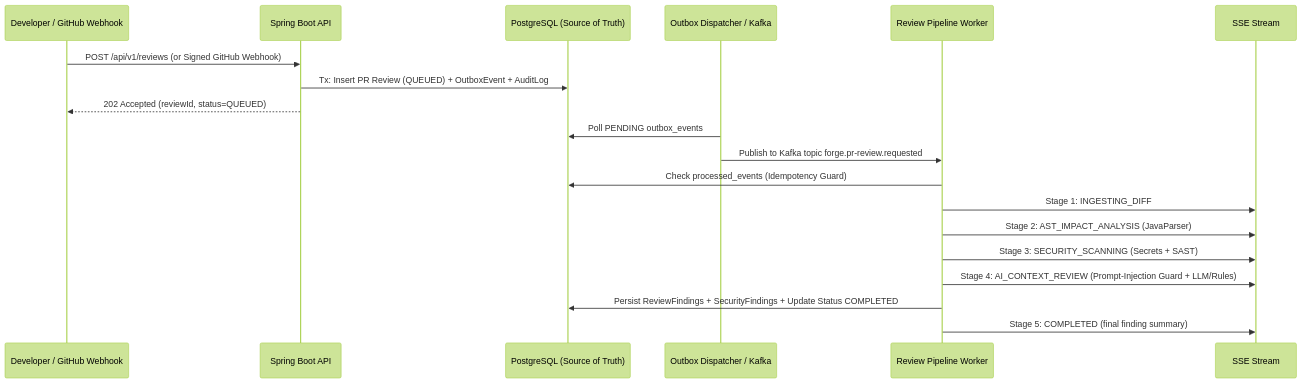
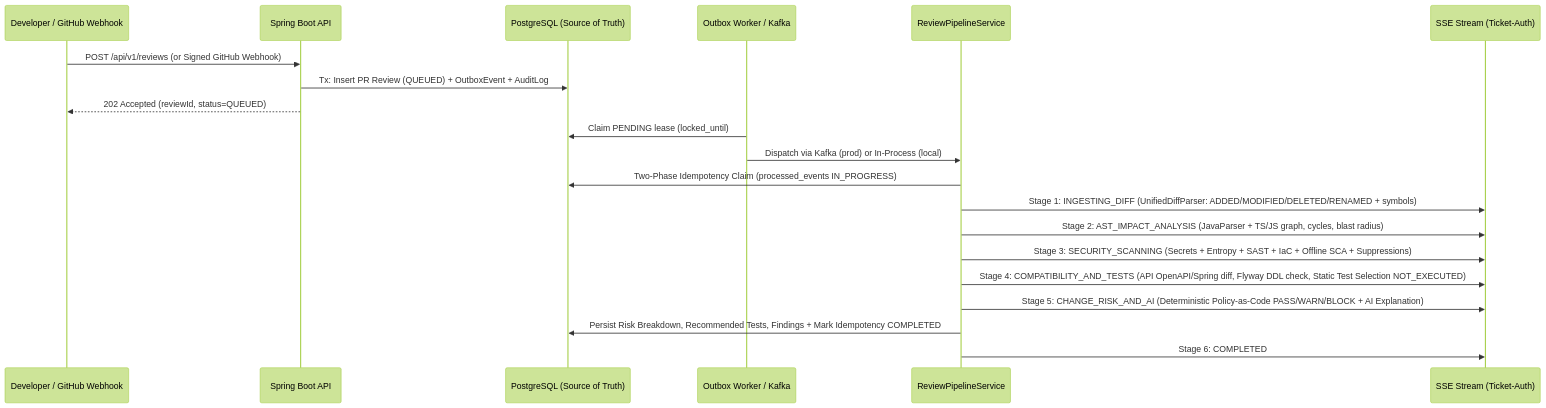
The second of 2 diagrams in docs/ARCHITECTURE.md (nischay237/forge-ai-platform), drawn with Mermaid (forest theme) before and after one commit. The commit also changed other lines of this file and 175 other files, not shown here.

````diff
--- a/docs/ARCHITECTURE.md
+++ b/docs/ARCHITECTURE.md
@@ -38,22 +40,23 @@
 ```mermaid
 sequenceDiagram
     participant Client as Developer / GitHub Webhook
     participant API as Spring Boot API
     participant DB as PostgreSQL (Source of Truth)
-    participant Outbox as Outbox Dispatcher / Kafka
-    participant Worker as Review Pipeline Worker
-    participant SSE as SSE Stream
+    participant Outbox as Outbox Worker / Kafka
+    participant Worker as ReviewPipelineService
+    participant SSE as SSE Stream (Ticket-Auth)
 
     Client->>API: POST /api/v1/reviews (or Signed GitHub Webhook)
     API->>DB: Tx: Insert PR Review (QUEUED) + OutboxEvent + AuditLog
     API-->>Client: 202 Accepted (reviewId, status=QUEUED)
-    Outbox->>DB: Poll PENDING outbox_events
-    Outbox->>Worker: Publish to Kafka topic forge.pr-review.requested
-    Worker->>DB: Check processed_events (Idempotency Guard)
-    Worker->>SSE: Stage 1: INGESTING_DIFF
-    Worker->>SSE: Stage 2: AST_IMPACT_ANALYSIS (JavaParser)
-    Worker->>SSE: Stage 3: SECURITY_SCANNING (Secrets + SAST)
-    Worker->>SSE: Stage 4: AI_CONTEXT_REVIEW (Prompt-Injection Guard + LLM/Rules)
-    Worker->>DB: Persist ReviewFindings + SecurityFindings + Update Status COMPLETED
-    Worker->>SSE: Stage 5: COMPLETED (final finding summary)
+    Outbox->>DB: Claim PENDING lease (locked_until)
+    Outbox->>Worker: Dispatch via Kafka (prod) or In-Process (local)
+    Worker->>DB: Two-Phase Idempotency Claim (processed_events IN_PROGRESS)
+    Worker->>SSE: Stage 1: INGESTING_DIFF (UnifiedDiffParser: ADDED/MODIFIED/DELETED/RENAMED + symbols)
+    Worker->>SSE: Stage 2: AST_IMPACT_ANALYSIS (JavaParser + TS/JS graph, cycles, blast radius)
+    Worker->>SSE: Stage 3: SECURITY_SCANNING (Secrets + Entropy + SAST + IaC + Offline SCA + Suppressions)
+    Worker->>SSE: Stage 4: COMPATIBILITY_AND_TESTS (API OpenAPI/Spring diff, Flyway DDL check, Static Test Selection NOT_EXECUTED)
+    Worker->>SSE: Stage 5: CHANGE_RISK_AND_AI (Deterministic Policy-as-Code PASS/WARN/BLOCK + AI Explanation)
+    Worker->>DB: Persist Risk Breakdown, Recommended Tests, Findings + Mark Idempotency COMPLETED
+    Worker->>SSE: Stage 6: COMPLETED
 ```
````
